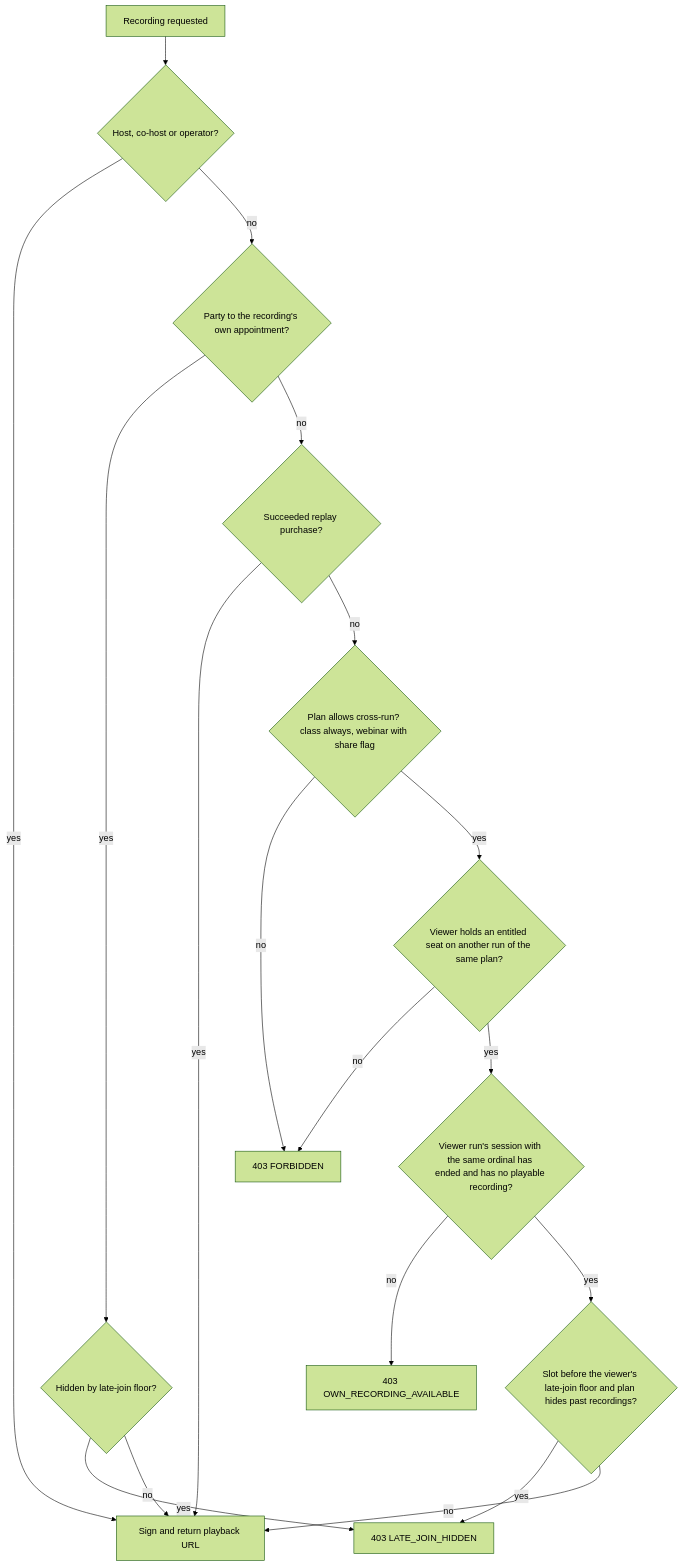
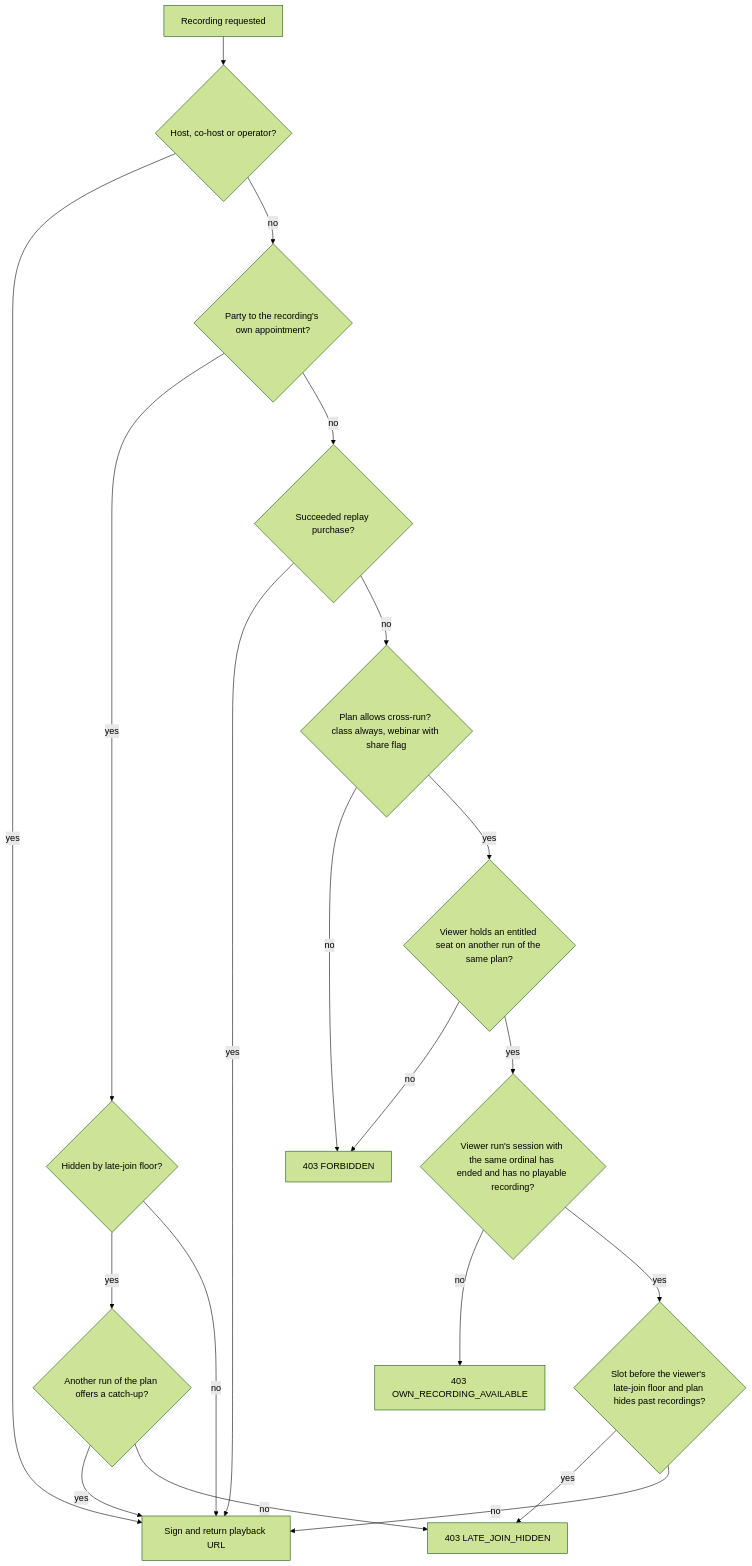
The fourth of 5 diagrams in docs/stream/19-recordings-lifecycle-and-access.md (Practitionist/familiarise_web), drawn with Mermaid (forest theme) before and after one commit. The commit also changed other lines of this file and 4 other files, not shown here.

````diff
--- a/docs/stream/19-recordings-lifecycle-and-access.md
+++ b/docs/stream/19-recordings-lifecycle-and-access.md
@@ -175,20 +184,22 @@
 ```mermaid
 flowchart TD
   R[Recording requested] --> H{Host, co-host or operator?}
   H -- yes --> OK[Sign and return playback URL]
   H -- no --> P{Party to the recording's own appointment?}
   P -- yes --> LJ{Hidden by late-join floor?}
-  LJ -- yes --> NO[403 LATE_JOIN_HIDDEN]
+  LJ -- yes --> CU{Another run of the plan offers a catch-up?}
+  CU -- yes --> OK
+  CU -- no --> NO[403 LATE_JOIN_HIDDEN]
   LJ -- no --> OK
   P -- no --> BUY{Succeeded replay purchase?}
   BUY -- yes --> OK
   BUY -- no --> SH{Plan allows cross-run? class always, webinar with share flag}
   SH -- no --> NO2[403 FORBIDDEN]
   SH -- yes --> SEAT{Viewer holds an entitled seat on another run of the same plan?}
   SEAT -- no --> NO2
   SEAT -- yes --> SLOT{Viewer run's session with the same ordinal has ended and has no playable recording?}
   SLOT -- no --> NO3[403 OWN_RECORDING_AVAILABLE]
   SLOT -- yes --> LJ2{Slot before the viewer's late-join floor and plan hides past recordings?}
   LJ2 -- yes --> NO
   LJ2 -- no --> OK
 ```
````
